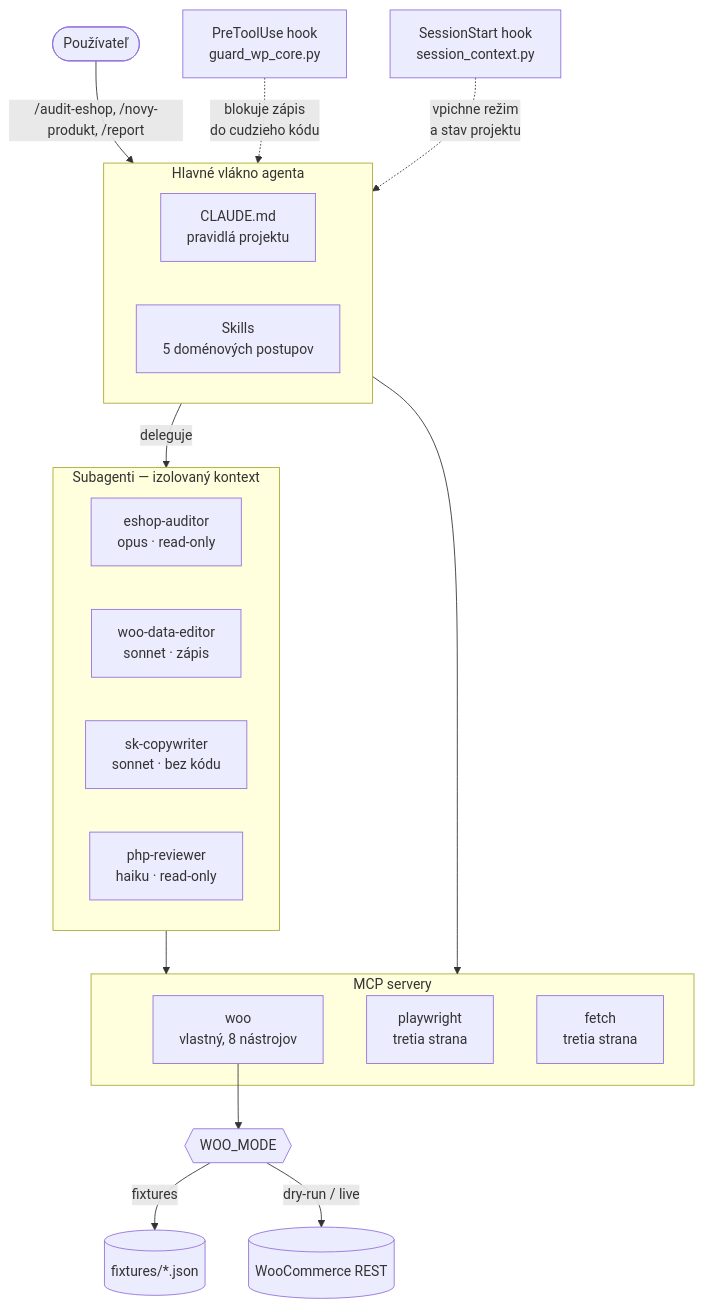
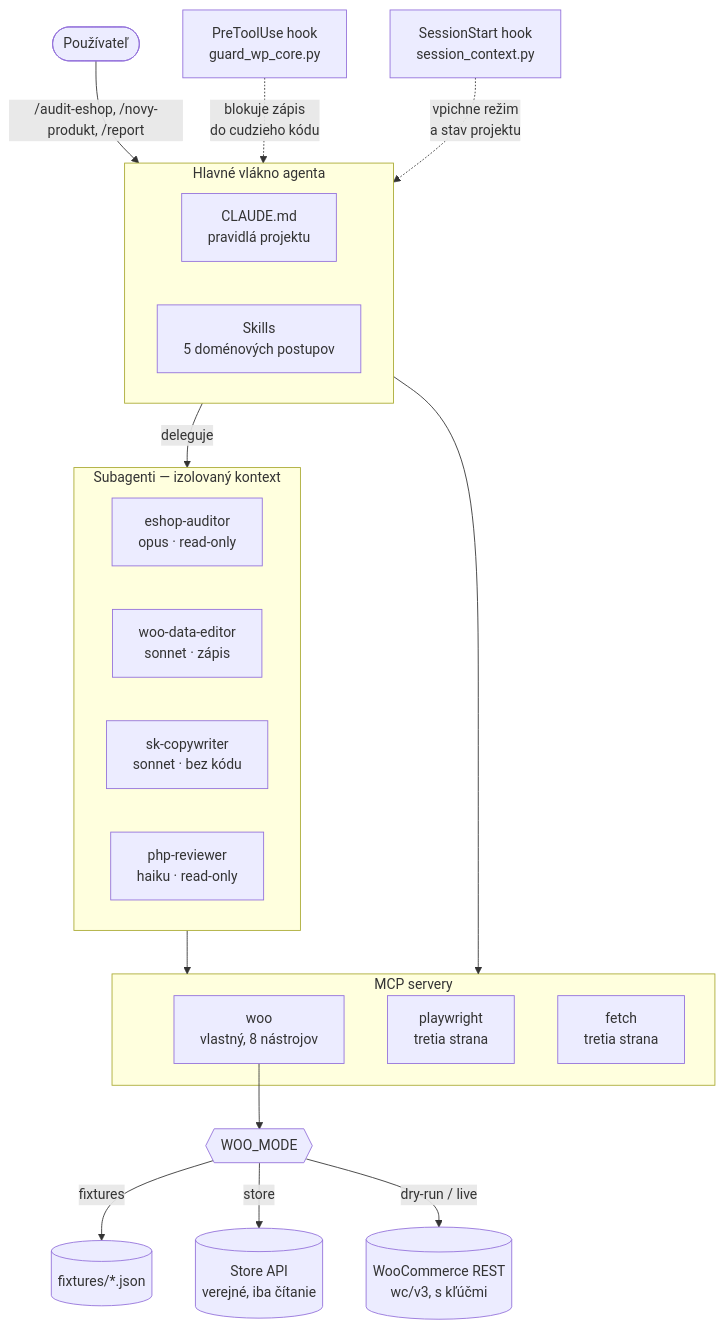
The diagram in docs/architektura.md (Marten55/Nastaven-k-dovac-ho-Agenta), drawn with Mermaid before and after one commit. The commit also changed 7 other files, not shown here.

````diff
--- a/docs/architektura.md
+++ b/docs/architektura.md
@@ -5,34 +5,35 @@
 ```mermaid
 flowchart TB
     U([Používateľ]) -->|"/audit-eshop, /novy-produkt, /report"| HL
 
     subgraph HL["Hlavné vlákno agenta"]
         CM["CLAUDE.md<br/>pravidlá projektu"]
         SK["Skills<br/>5 doménových postupov"]
     end
 
     HL -->|deleguje| SA
 
     subgraph SA["Subagenti — izolovaný kontext"]
         A1["eshop-auditor<br/>opus · read-only"]
         A2["woo-data-editor<br/>sonnet · zápis"]
         A3["sk-copywriter<br/>sonnet · bez kódu"]
         A4["php-reviewer<br/>haiku · read-only"]
     end
 
     SA --> MCP
     HL --> MCP
 
     subgraph MCP["MCP servery"]
         M1["woo<br/>vlastný, 8 nástrojov"]
         M2["playwright<br/>tretia strana"]
         M3["fetch<br/>tretia strana"]
     end
 
     M1 --> R{{"WOO_MODE"}}
     R -->|fixtures| F[("fixtures/*.json")]
-    R -->|"dry-run / live"| W[("WooCommerce REST")]
+    R -->|store| S[("Store API<br/>verejné, iba čítanie")]
+    R -->|"dry-run / live"| W[("WooCommerce REST<br/>wc/v3, s kľúčmi")]
 
     HK1["PreToolUse hook<br/>guard_wp_core.py"] -.->|blokuje zápis<br/>do cudzieho kódu| HL
     HK2["SessionStart hook<br/>session_context.py"] -.->|vpichne režim<br/>a stav projektu| HL
 ```
````
